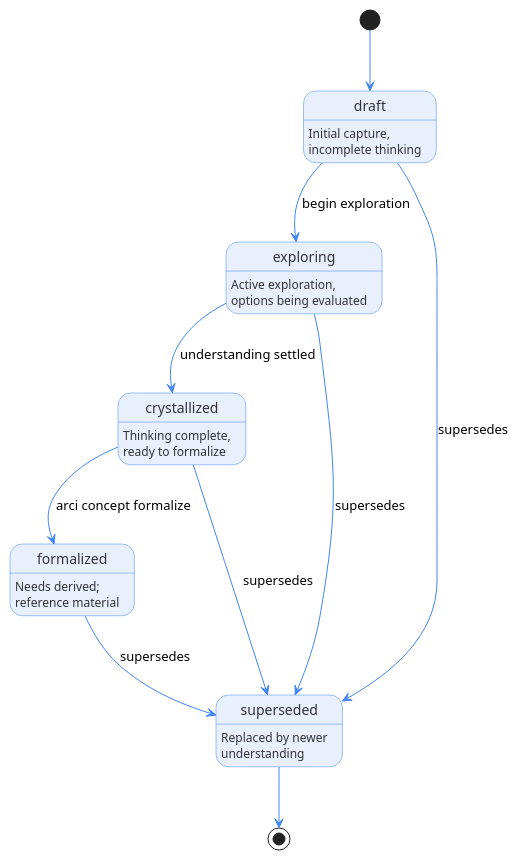
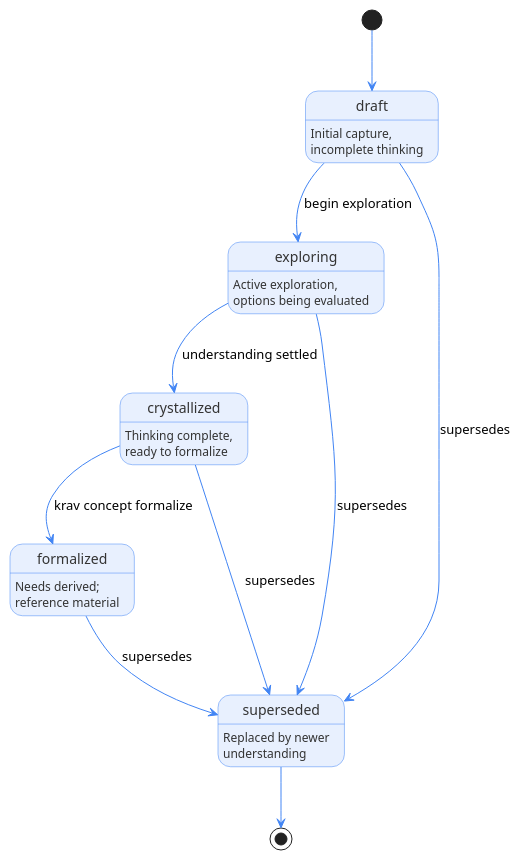
The diagram in docs/design/graph/nodes/concepts.md (krav-sh/krav), drawn with PlantUML before and after one commit. The commit also changed other lines of this file and 111 other files, not shown here.

````diff
--- a/docs/design/graph/nodes/concepts.md
+++ b/docs/design/graph/nodes/concepts.md
@@ -29,28 +29,28 @@
 ```plantuml
 @startuml concept-lifecycle
 skinparam state {
   BackgroundColor #E8F0FE
   BorderColor #4285F4
   FontColor #333333
   StartColor #4285F4
   EndColor #4285F4
 }
 skinparam ArrowColor #4285F4
 
 state "draft" as draft : Initial capture,\nincomplete thinking
 state "exploring" as exploring : Active exploration,\noptions being evaluated
 state "crystallized" as crystallized : Thinking complete,\nready to formalize
 state "formalized" as formalized : Needs derived;\nreference material
 state "superseded" as superseded : Replaced by newer\nunderstanding
 
 [*] --> draft
 draft --> exploring : begin exploration
 exploring --> crystallized : understanding settled
-crystallized --> formalized : arci concept formalize
+crystallized --> formalized : krav concept formalize
 formalized --> superseded : supersedes
 draft --> superseded : supersedes
 exploring --> superseded : supersedes
 crystallized --> superseded : supersedes
 superseded --> [*]
 @enduml
 ```
````
